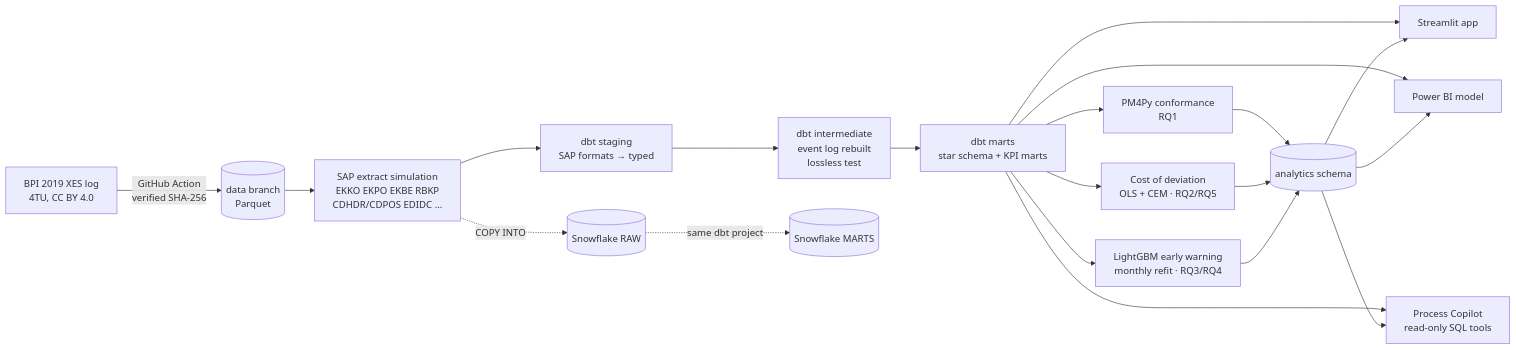
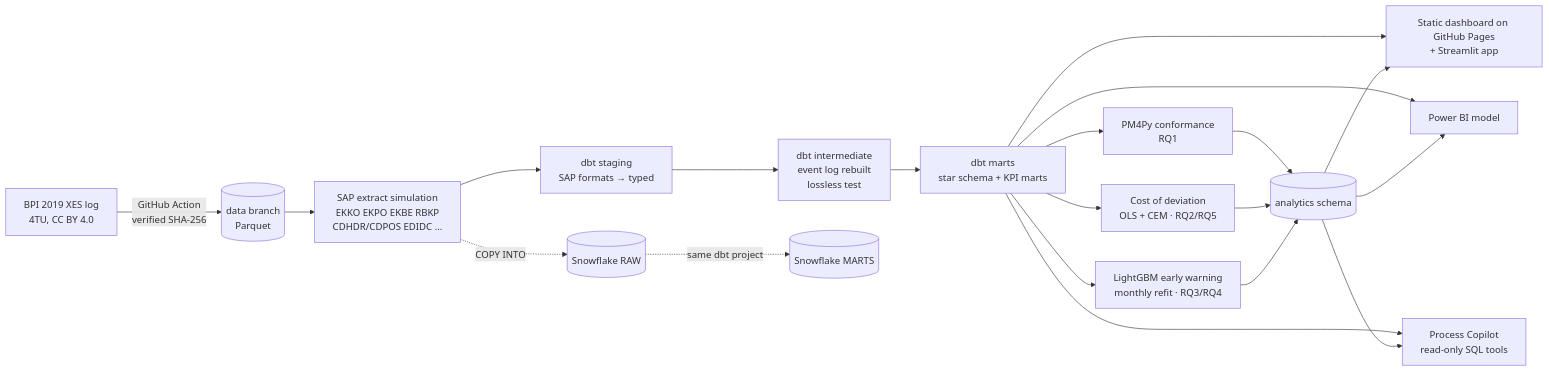
The diagram in README.md (Parsaka/procurepulse), drawn with Mermaid before and after one commit. The commit also changed other lines of this file and 2 other files, not shown here.

First line of the commit message:
Docs: GitHub Pages is the public demo, copilot eval is optional

````diff
--- a/README.md
+++ b/README.md
@@ -32,16 +33,16 @@
 ```mermaid
 flowchart LR
     A[BPI 2019 XES log<br/>4TU, CC BY 4.0] -->|GitHub Action<br/>verified SHA-256| B[(data branch<br/>Parquet)]
     B --> C[SAP extract simulation<br/>EKKO EKPO EKBE RBKP<br/>CDHDR/CDPOS EDIDC ...]
     C --> D[dbt staging<br/>SAP formats → typed]
     D --> E[dbt intermediate<br/>event log rebuilt<br/>lossless test]
     E --> F[dbt marts<br/>star schema + KPI marts]
     F --> G[PM4Py conformance<br/>RQ1]
     F --> H[Cost of deviation<br/>OLS + CEM · RQ2/RQ5]
     F --> I[LightGBM early warning<br/>monthly refit · RQ3/RQ4]
     G & H & I --> J[(analytics schema)]
-    F & J --> K[Streamlit app]
+    F & J --> K[Static dashboard on GitHub Pages<br/>+ Streamlit app]
     F & J --> L[Power BI model]
     F & J --> M[Process Copilot<br/>read-only SQL tools]
     C -. COPY INTO .-> S[(Snowflake RAW)] -. same dbt project .-> T[(Snowflake MARTS)]
 ```
````
